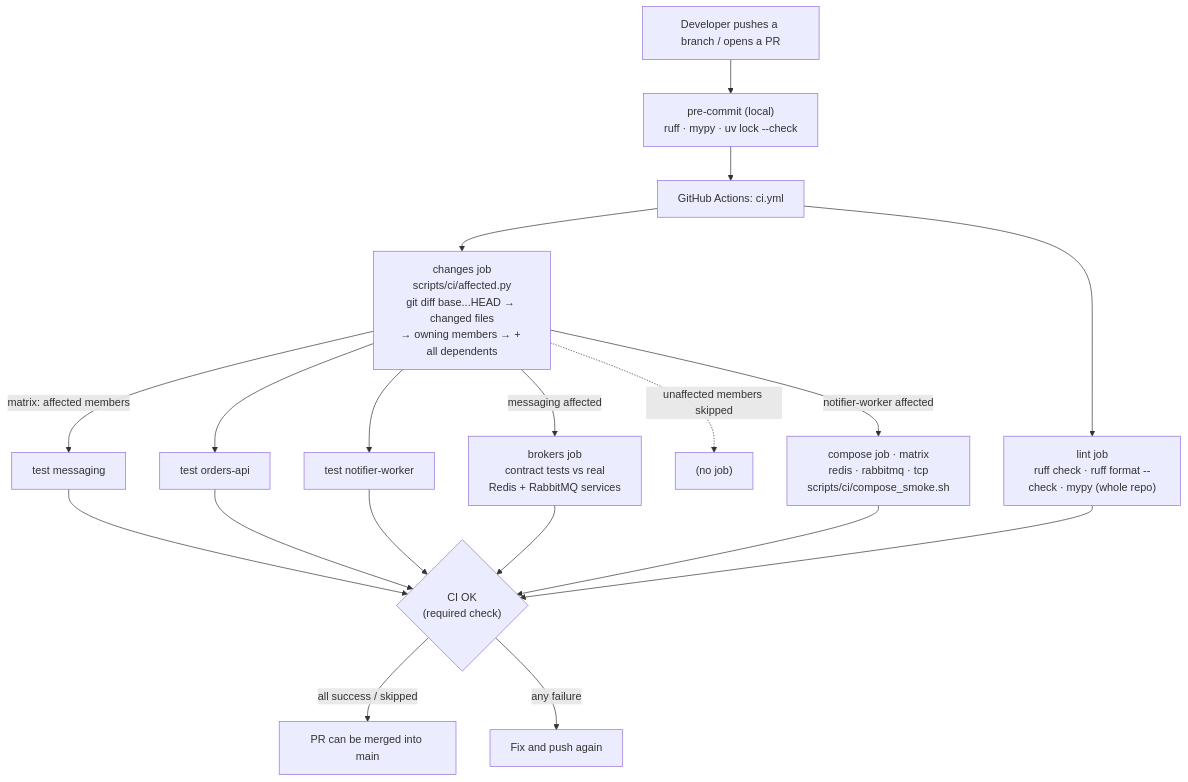
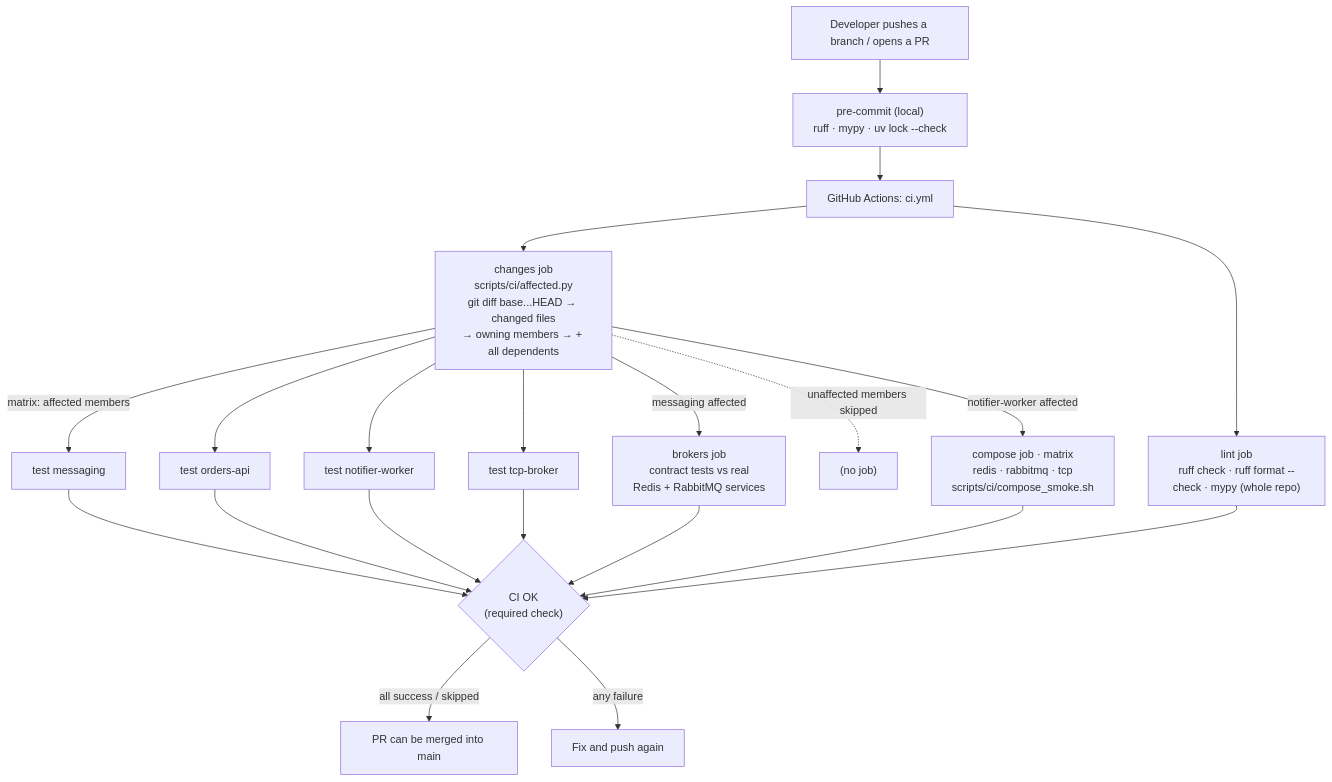
Before and after one commit to sovikroy/python-monorepo: the ninth of 12 diagrams in ARCHITECTURE.md, drawn with Mermaid. The commit also changed other lines of this file and 5 other files, not shown here.

First line of the commit message:
Update architecture docs and demo for the pluggable transport

````diff
--- a/ARCHITECTURE.md
+++ b/ARCHITECTURE.md
@@ -264,21 +321,22 @@
 ```mermaid
 flowchart TD
     dev["Developer pushes a branch / opens a PR"] --> pre["pre-commit (local)<br/>ruff · mypy · uv lock --check"]
     pre --> gh["GitHub Actions: ci.yml"]
 
     gh --> changes["changes job<br/>scripts/ci/affected.py<br/>git diff base...HEAD → changed files<br/>→ owning members → + all dependents"]
     gh --> lint["lint job<br/>ruff check · ruff format --check · mypy (whole repo)"]
 
     changes -->|"matrix: affected members"| t1["test messaging"]
     changes --> t2["test orders-api"]
     changes --> t3["test notifier-worker"]
+    changes --> t4["test tcp-broker"]
     changes -.->|"unaffected members skipped"| skip["(no job)"]
     changes -->|"messaging affected"| brk["brokers job<br/>contract tests vs real<br/>Redis + RabbitMQ services"]
     changes -->|"notifier-worker affected"| e2e["compose job · matrix<br/>redis · rabbitmq · tcp<br/>scripts/ci/compose_smoke.sh"]
 
-    t1 & t2 & t3 --> ok{"CI OK<br/>(required check)"}
+    t1 & t2 & t3 & t4 --> ok{"CI OK<br/>(required check)"}
     brk & e2e --> ok
     lint --> ok
     ok -->|"all success / skipped"| merge["PR can be merged into main"]
     ok -->|"any failure"| fix["Fix and push again"]
 ```
````
